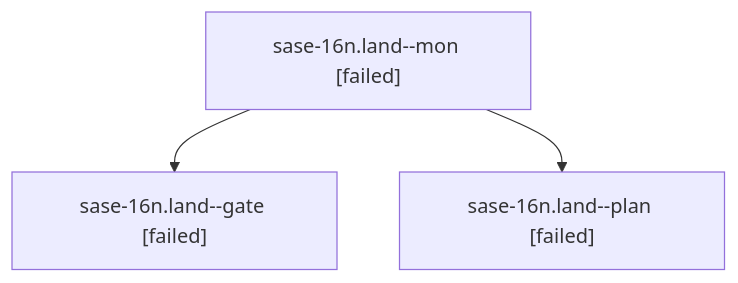
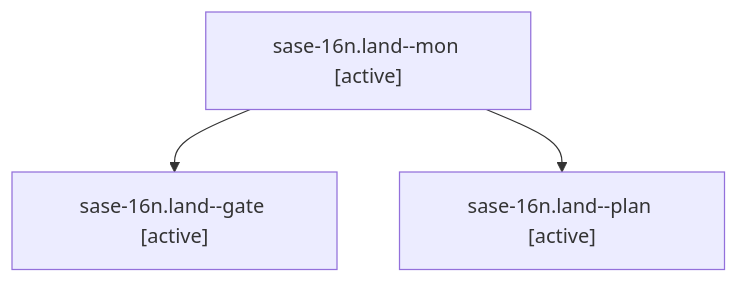
Before and after one commit to sase-org/sase--agents: the diagram in families/bbugyi200.athena.sase-16n.land.md, drawn with Mermaid. The commit also changed other lines of this file and 35830 other files, not shown here.

````diff
--- a/families/bbugyi200.athena.sase-16n.land.md
+++ b/families/bbugyi200.athena.sase-16n.land.md
@@ -9,8 +9,8 @@
 ```mermaid
 flowchart TD
-  n0["sase-16n.land--mon [failed]"]
-  n1["sase-16n.land--gate [failed]"]
+  n0["sase-16n.land--mon [active]"]
+  n1["sase-16n.land--gate [active]"]
   n0 --> n1
-  n2["sase-16n.land--plan [failed]"]
+  n2["sase-16n.land--plan [active]"]
   n0 --> n2
 ```
````
